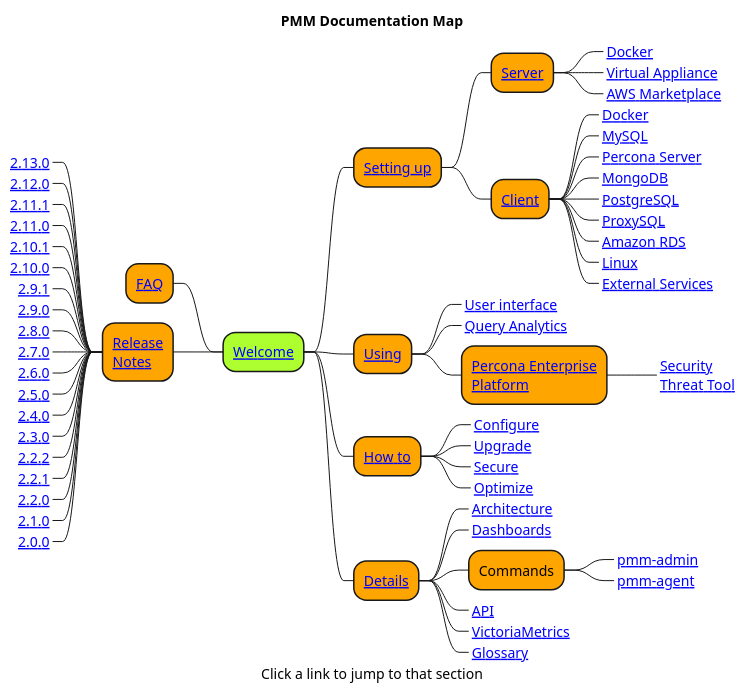
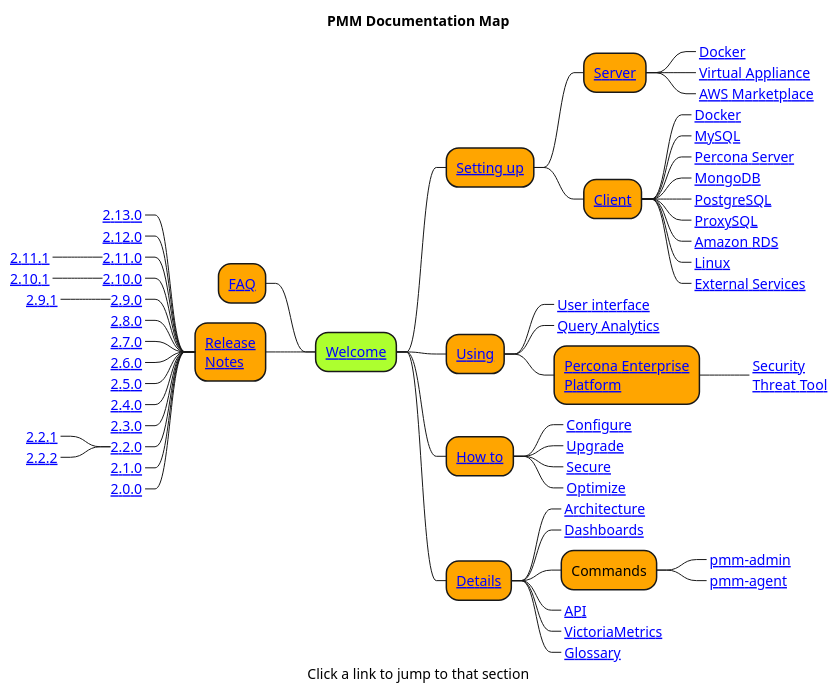
The diagram in resources/Map.puml (percona/pmm), drawn with PlantUML before and after one commit. The commit also changed 1 other file, not shown here.

```diff
--- a/resources/Map.puml
+++ b/resources/Map.puml
@@ -1,84 +1,84 @@
 @startmindmap "PMM_Documentation_Map"
 title PMM Documentation Map
 caption Click a link to jump to that section
 
 
 <style>
 mindmapDiagram {
   node {
     BackgroundColor Orange
   }
 }
 </style>
 
 *[#GreenYellow] [[https://www.percona.com/doc/percona-monitoring-and-management/2.x/index.html Welcome]]
 ** [[https://www.percona.com/doc/percona-monitoring-and-management/2.x/setting-up/ Setting up]]
 '*** [[https://www.percona.com/doc/percona-monitoring-and-management/2.x/setting-up/index.html Setting up: Overview]]
 *** [[https://www.percona.com/doc/percona-monitoring-and-management/2.x/setting-up/server/ Server]]
 '****_ [[https://www.percona.com/doc/percona-monitoring-and-management/2.x/setting-up/server/ Setting up PMM Server: Overview]]
 ****_ [[https://www.percona.com/doc/percona-monitoring-and-management/2.x/setting-up/server/docker.html Docker]]
 ****_ [[https://www.percona.com/doc/percona-monitoring-and-management/2.x/setting-up/server/virtual-appliance.html Virtual Appliance]]
 ****_ [[https://www.percona.com/doc/percona-monitoring-and-management/2.x/setting-up/server/aws.html AWS Marketplace]]
 *** [[https://www.percona.com/doc/percona-monitoring-and-management/2.x/setting-up/client/ Client]]
 '****_ [[https://www.percona.com/doc/percona-monitoring-and-management/2.x/setting-up/client/ Setting up PMM Clients]]
 ****_ [[https://www.percona.com/doc/percona-monitoring-and-management/2.x/setting-up/client/docker.html Docker]]
 ****_ [[https://www.percona.com/doc/percona-monitoring-and-management/2.x/setting-up/client/mysql.html MySQL]]
 ****_ [[https://www.percona.com/doc/percona-monitoring-and-management/2.x/setting-up/client/percona-server.html Percona Server]]
 ****_ [[https://www.percona.com/doc/percona-monitoring-and-management/2.x/setting-up/client/mongodb.html MongoDB]]
 ****_ [[https://www.percona.com/doc/percona-monitoring-and-management/2.x/setting-up/client/postgresql.html PostgreSQL]]
 ****_ [[https://www.percona.com/doc/percona-monitoring-and-management/2.x/setting-up/client/proxysql.html ProxySQL]]
 ****_ [[https://www.percona.com/doc/percona-monitoring-and-management/2.x/setting-up/client/aws.html Amazon RDS]]
 ****_ [[https://www.percona.com/doc/percona-monitoring-and-management/2.x/setting-up/client/linux.html Linux]]
 ****_ [[https://www.percona.com/doc/percona-monitoring-and-management/2.x/setting-up/client/external.html External Services]]
 
 ** [[https://www.percona.com/doc/percona-monitoring-and-management/2.x/using/ Using]]
 '***_ [[https://www.percona.com/doc/percona-monitoring-and-management/2.x/using/ Using: Overview]]
 ***_ [[https://www.percona.com/doc/percona-monitoring-and-management/2.x/using/interface.html User interface]]
 ***_ [[https://www.percona.com/doc/percona-monitoring-and-management/2.x/using/query-analytics.html Query Analytics]]
 *** [[https://www.percona.com/doc/percona-monitoring-and-management/2.x/using/platform/ Percona Enterprise\nPlatform]]
 '***_ [[https://www.percona.com/doc/percona-monitoring-and-management/2.x/using/platform/ About Percona Enterprise Platform]]
 ****_ [[https://www.percona.com/doc/percona-monitoring-and-management/2.x/using/platform/security-threat-tool.html Security\nThreat Tool]]
 
 ** [[https://www.percona.com/doc/percona-monitoring-and-management/2.x/how-to/ How to]]
 '***_ [[https://www.percona.com/doc/percona-monitoring-and-management/2.x/how-to/ How to: Overview]]
 ***_ [[https://www.percona.com/doc/percona-monitoring-and-management/2.x/how-to/configure.html Configure]]
 ***_ [[https://www.percona.com/doc/percona-monitoring-and-management/2.x/how-to/upgrade.html Upgrade]]
 ***_ [[https://www.percona.com/doc/percona-monitoring-and-management/2.x/how-to/secure.html Secure]]
 ***_ [[https://www.percona.com/doc/percona-monitoring-and-management/2.x/how-to/optimize.html Optimize]]
 
 ** [[https://www.percona.com/doc/percona-monitoring-and-management/2.x/details/ Details]]
 '***_ [[https://www.percona.com/doc/percona-monitoring-and-management/2.x/details/ Details: Overview]]
 ***_ [[https://www.percona.com/doc/percona-monitoring-and-management/2.x/details/architecture.html Architecture]]
 ***_ [[https://www.percona.com/doc/percona-monitoring-and-management/2.x/details/dashboards/ Dashboards]]
 *** Commands
 ****_ [[https://www.percona.com/doc/percona-monitoring-and-management/2.x/details/commands/pmm-admin.html pmm-admin]]
 ****_ [[https://www.percona.com/doc/percona-monitoring-and-management/2.x/details/commands/pmm-agent.html pmm-agent]]
 ***_ [[https://www.percona.com/doc/percona-monitoring-and-management/2.x/details/api.html API]]
 ***_ [[https://www.percona.com/doc/percona-monitoring-and-management/2.x/details/victoria-metrics.html VictoriaMetrics]]
 ***_ [[https://www.percona.com/doc/percona-monitoring-and-management/2.x/details/glossary.html Glossary]]
 
 left side
 
 ** [[https://www.percona.com/doc/percona-monitoring-and-management/2.x/faq.html FAQ]]
 
 ** [[https://www.percona.com/doc/percona-monitoring-and-management/2.x/release-notes/ Release\nNotes]]
 ***_ [[https://www.percona.com/doc/percona-monitoring-and-management/2.x/release-notes/2.13.0.html 2.13.0]]
 ***_ [[https://www.percona.com/doc/percona-monitoring-and-management/2.x/release-notes/2.12.0.html 2.12.0]]
-***_ [[https://www.percona.com/doc/percona-monitoring-and-management/2.x/release-notes/2.11.1.html 2.11.1]]
 ***_ [[https://www.percona.com/doc/percona-monitoring-and-management/2.x/release-notes/2.11.0.html 2.11.0]]
-***_ [[https://www.percona.com/doc/percona-monitoring-and-management/2.x/release-notes/2.10.1.html 2.10.1]]
+****_ [[https://www.percona.com/doc/percona-monitoring-and-management/2.x/release-notes/2.11.1.html 2.11.1]]
 ***_ [[https://www.percona.com/doc/percona-monitoring-and-management/2.x/release-notes/2.10.0.html 2.10.0]]
-***_ [[https://www.percona.com/doc/percona-monitoring-and-management/2.x/release-notes/2.9.1.html 2.9.1]]
+****_ [[https://www.percona.com/doc/percona-monitoring-and-management/2.x/release-notes/2.10.1.html 2.10.1]]
 ***_ [[https://www.percona.com/doc/percona-monitoring-and-management/2.x/release-notes/2.9.0.html 2.9.0]]
+****_ [[https://www.percona.com/doc/percona-monitoring-and-management/2.x/release-notes/2.9.1.html 2.9.1]]
 ***_ [[https://www.percona.com/doc/percona-monitoring-and-management/2.x/release-notes/2.8.0.html 2.8.0]]
 ***_ [[https://www.percona.com/doc/percona-monitoring-and-management/2.x/release-notes/2.7.0.html 2.7.0]]
 ***_ [[https://www.percona.com/doc/percona-monitoring-and-management/2.x/release-notes/2.6.0.html 2.6.0]]
 ***_ [[https://www.percona.com/doc/percona-monitoring-and-management/2.x/release-notes/2.5.0.html 2.5.0]]
 ***_ [[https://www.percona.com/doc/percona-monitoring-and-management/2.x/release-notes/2.4.0.html 2.4.0]]
 ***_ [[https://www.percona.com/doc/percona-monitoring-and-management/2.x/release-notes/2.3.0.html 2.3.0]]
-***_ [[https://www.percona.com/doc/percona-monitoring-and-management/2.x/release-notes/2.2.2.html 2.2.2]]
-***_ [[https://www.percona.com/doc/percona-monitoring-and-management/2.x/release-notes/2.2.1.html 2.2.1]]
 ***_ [[https://www.percona.com/doc/percona-monitoring-and-management/2.x/release-notes/2.2.0.html 2.2.0]]
+****_ [[https://www.percona.com/doc/percona-monitoring-and-management/2.x/release-notes/2.2.1.html 2.2.1]]
+****_ [[https://www.percona.com/doc/percona-monitoring-and-management/2.x/release-notes/2.2.2.html 2.2.2]]
 ***_ [[https://www.percona.com/doc/percona-monitoring-and-management/2.x/release-notes/2.1.0.html 2.1.0]]
 ***_ [[https://www.percona.com/doc/percona-monitoring-and-management/2.x/release-notes/2.0.0.html 2.0.0]]
 @endmindmap
```
